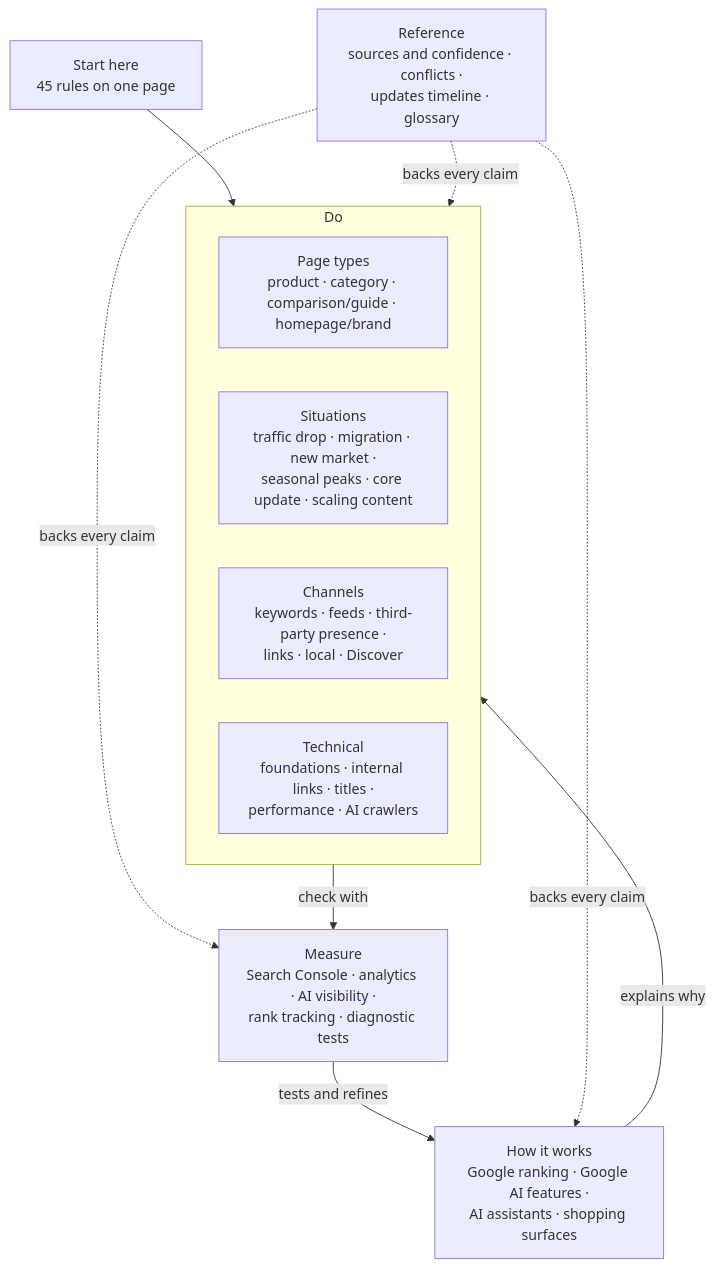
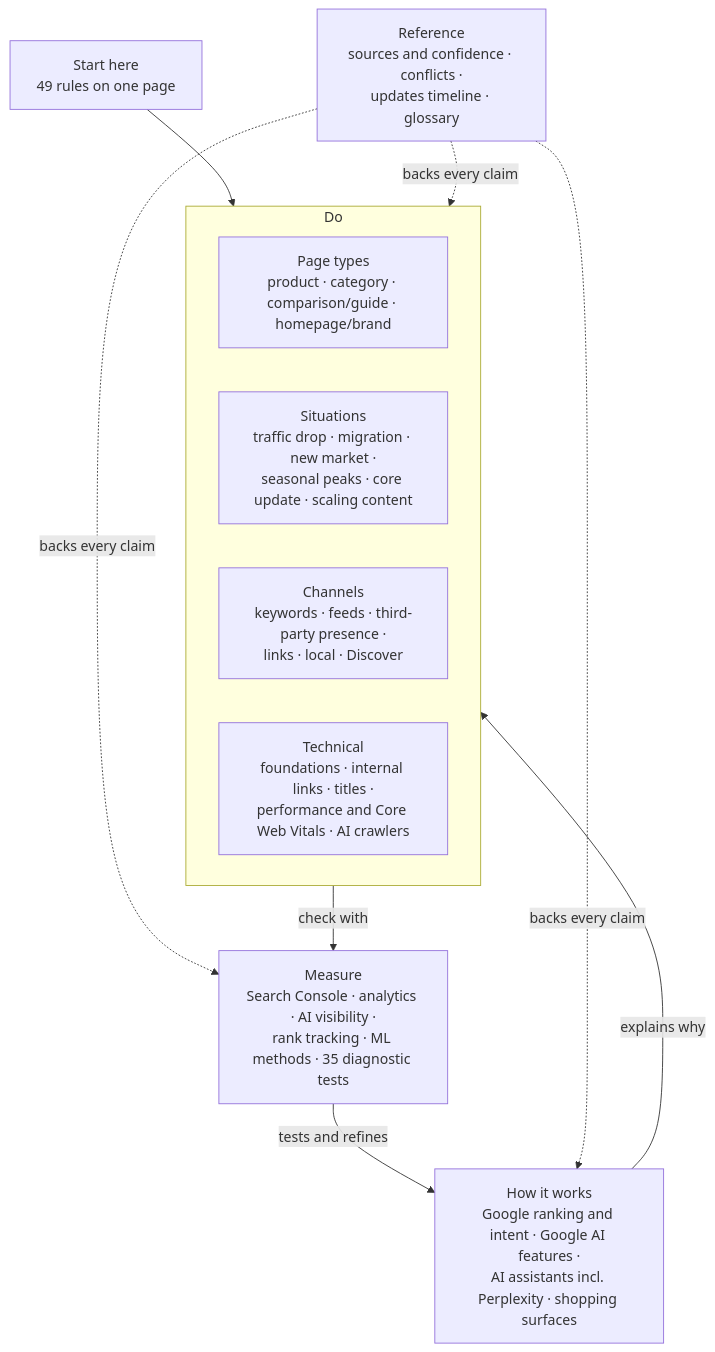
Before and after one commit to GetBelki/SEO-GEO-Playbook: the first of 3 diagrams in README.md, drawn with Mermaid. The commit also changed other lines of this file and 41 other files, not shown here.

````diff
--- a/README.md
+++ b/README.md
@@ -15,23 +15,23 @@
 ```mermaid
 flowchart TD
-    START["Start here<br/>45 rules on one page"]
+    START["Start here<br/>49 rules on one page"]
 
     subgraph DO["Do"]
         PT["Page types<br/>product · category · comparison/guide · homepage/brand"]
         SI["Situations<br/>traffic drop · migration · new market ·<br/>seasonal peaks · core update · scaling content"]
         CH["Channels<br/>keywords · feeds · third-party presence ·<br/>links · local · Discover"]
-        TE["Technical<br/>foundations · internal links · titles ·<br/>performance · AI crawlers"]
+        TE["Technical<br/>foundations · internal links · titles ·<br/>performance and Core Web Vitals · AI crawlers"]
     end
 
-    HW["How it works<br/>Google ranking · Google AI features ·<br/>AI assistants · shopping surfaces"]
-    ME["Measure<br/>Search Console · analytics · AI visibility ·<br/>rank tracking · diagnostic tests"]
+    HW["How it works<br/>Google ranking and intent · Google AI features ·<br/>AI assistants incl. Perplexity · shopping surfaces"]
+    ME["Measure<br/>Search Console · analytics · AI visibility ·<br/>rank tracking · ML methods · 35 diagnostic tests"]
     RF["Reference<br/>sources and confidence · conflicts ·<br/>updates timeline · glossary"]
 
     START --> DO
     HW -- "explains why" --> DO
     DO -- "check with" --> ME
     ME -- "tests and refines" --> HW
     RF -. "backs every claim" .-> HW
     RF -. "backs every claim" .-> DO
     RF -. "backs every claim" .-> ME
 ```
````
